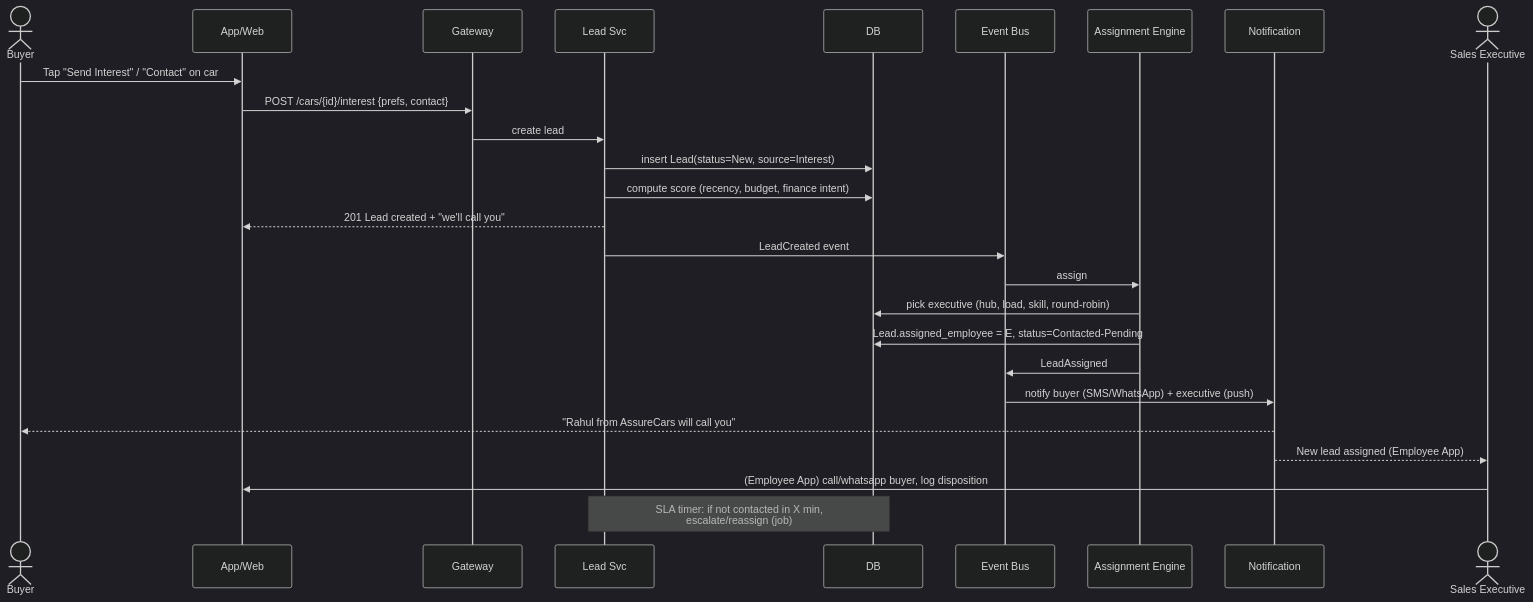
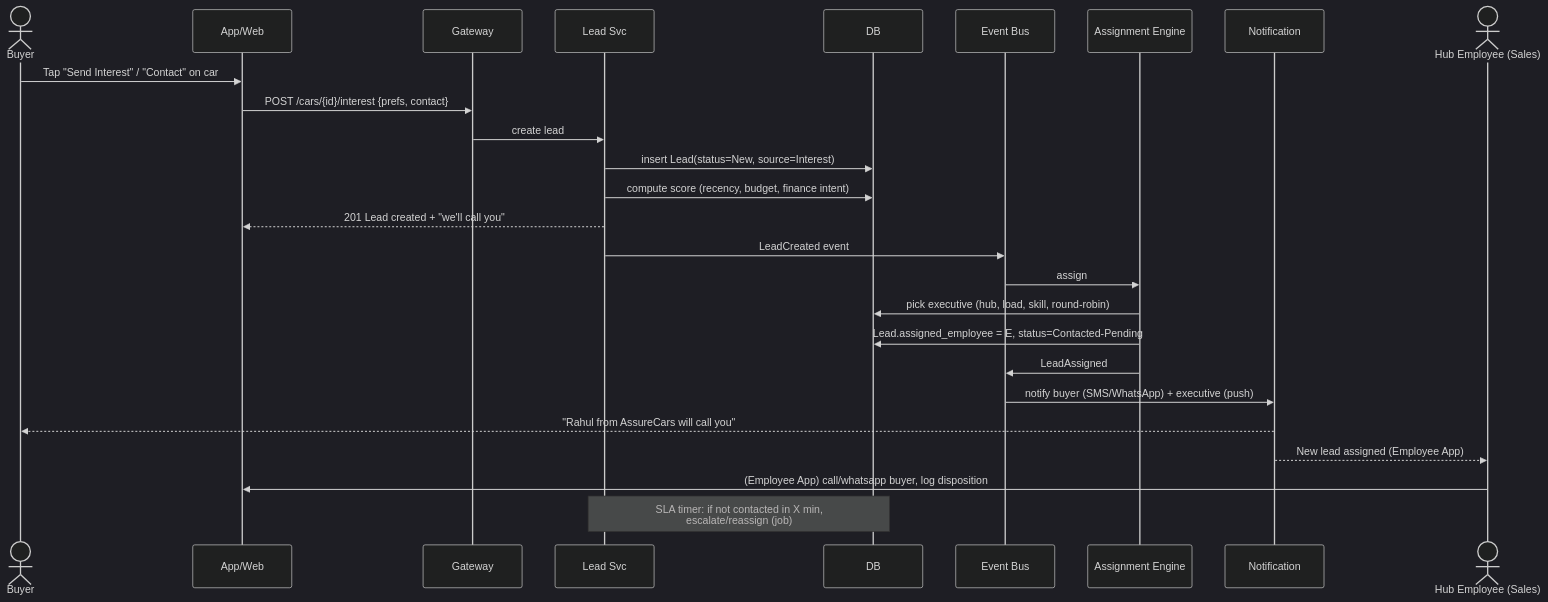
Diagram 13 of 27 in Docs/Solution-Design-Document.md (NiladriPadhy/AssureCars), drawn with Mermaid (dark theme) before and after one commit. The commit also changed other lines of this file and 6 other files, not shown here.

````diff
--- a/Docs/Solution-Design-Document.md
+++ b/Docs/Solution-Design-Document.md
@@ -1544,29 +1554,29 @@
 ```mermaid
 sequenceDiagram
     actor U as Buyer
     participant C as App/Web
     participant GW as Gateway
     participant L as Lead Svc
     participant DB as DB
     participant BUS as Event Bus
     participant AS as Assignment Engine
     participant N as Notification
-    actor E as Sales Executive
+    actor E as Hub Employee (Sales)
 
     U->>C: Tap "Send Interest" / "Contact" on car
     C->>GW: POST /cars/{id}/interest {prefs, contact}
     GW->>L: create lead
     L->>DB: insert Lead(status=New, source=Interest)
     L->>DB: compute score (recency, budget, finance intent)
     L-->>C: 201 Lead created + "we'll call you"
     L->>BUS: LeadCreated event
     BUS->>AS: assign
     AS->>DB: pick executive (hub, load, skill, round-robin)
     AS->>DB: Lead.assigned_employee = E, status=Contacted-Pending
     AS->>BUS: LeadAssigned
     BUS->>N: notify buyer (SMS/WhatsApp) + executive (push)
     N-->>U: "Rahul from AssureCars will call you"
     N-->>E: New lead assigned (Employee App)
     E->>C: (Employee App) call/whatsapp buyer, log disposition
     Note over L,DB: SLA timer: if not contacted in X min,<br/>escalate/reassign (job)
 ```
````
